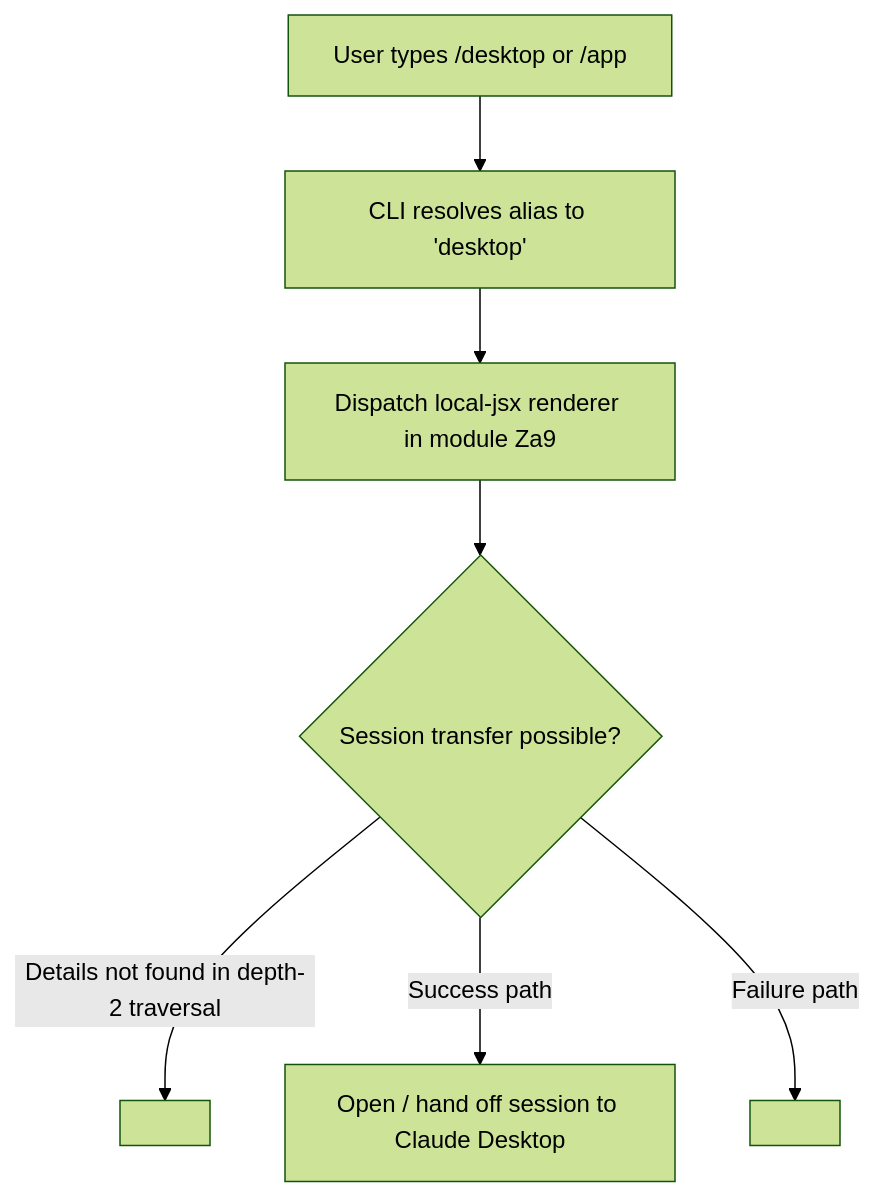
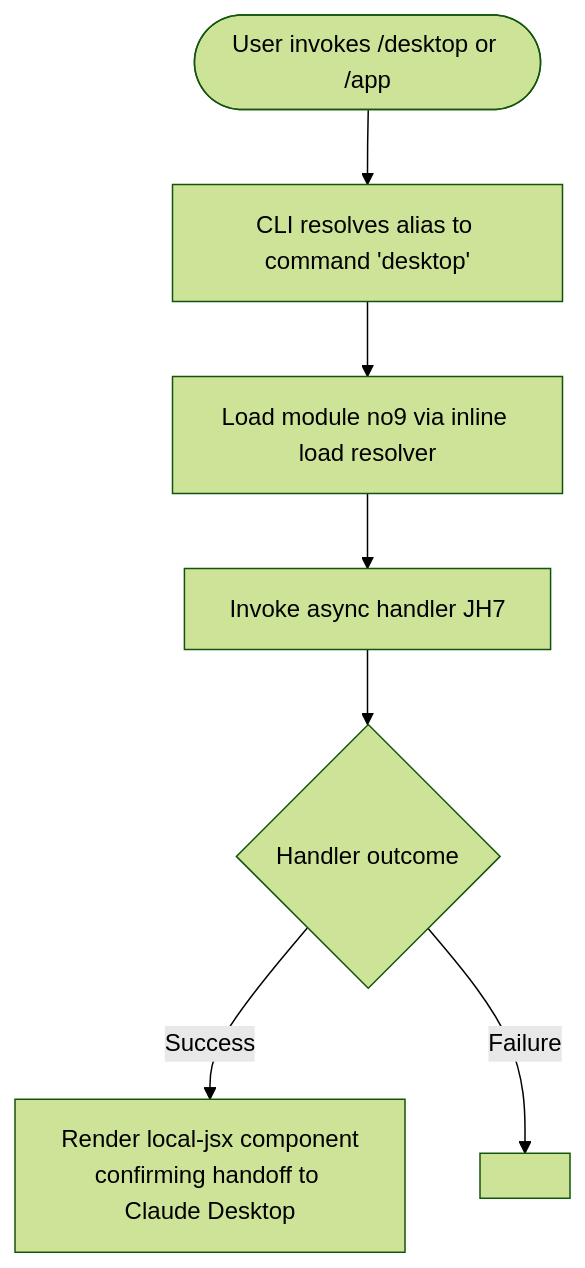
One commit to MyLittleLuckyDog/cc-gnothi changed the diagram in versions/v2.1.133/desktop.md. Above: the diagram before and after it, drawn with Mermaid (forest theme). The commit also changed other lines of this file and 95 other files, not shown here.

````diff
--- a/versions/v2.1.133/desktop.md
+++ b/versions/v2.1.133/desktop.md
@@ -46,9 +56,9 @@
 ```mermaid
 flowchart TD
-    A[User types /desktop or /app] --> B[CLI resolves alias to 'desktop']
-    B --> C[Dispatch local-jsx renderer in module Za9]
-    C --> D{Session transfer possible?}
-    D -->|Details not found in depth-2 traversal| E[<!-- TODO: not found in depth-2 traversal; needs --depth 4 -->]
-    D -->|Success path| F[Open / hand off session to Claude Desktop]
-    D -->|Failure path| G[<!-- TODO: not found in depth-2 traversal; needs --depth 4 -->]
+    A([User invokes /desktop or /app]) --> B[CLI resolves alias to command 'desktop']
+    B --> C[Load module no9 via inline load resolver]
+    C --> D[Invoke async handler JH7]
+    D --> E{Handler outcome}
+    E -- Success --> F[Render local-jsx component\nconfirming handoff to Claude Desktop]
+    E -- Failure --> G[<!-- TODO: error branch not found in depth-2 traversal; needs --depth 4 -->]
 ```
````
